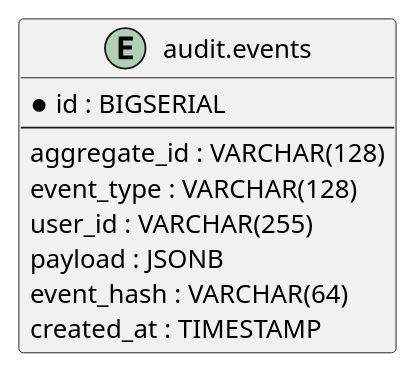
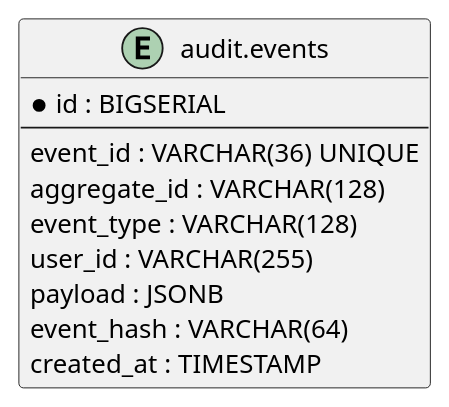
The diagram in deploy/README.md (igorsatsyuk/distributed-audit-ledger), drawn with PlantUML before and after one commit. The commit also changed 1 other file, not shown here.

Commit message:
docs: fix review findings in diagrams

````diff
--- a/deploy/README.md
+++ b/deploy/README.md
@@ -90,14 +90,15 @@
 ```plantuml
 @startuml
 entity "audit.events" as AUDIT_EVENTS {
   * id : BIGSERIAL
   --
+  event_id : VARCHAR(36) UNIQUE
   aggregate_id : VARCHAR(128)
   event_type : VARCHAR(128)
   user_id : VARCHAR(255)
   payload : JSONB
   event_hash : VARCHAR(64)
   created_at : TIMESTAMP
 }
 @enduml
 ```
````
